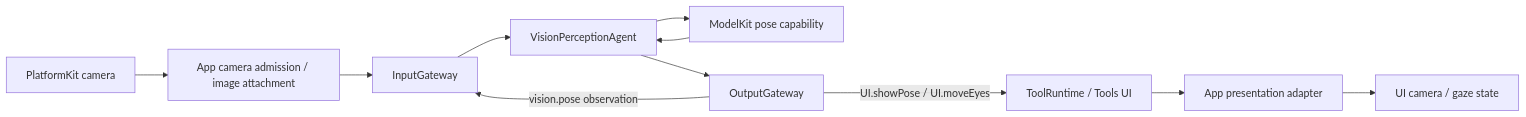
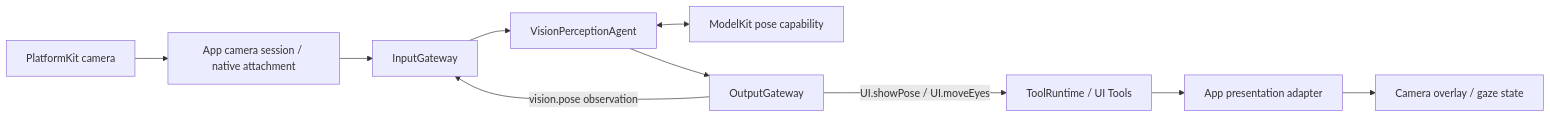
Before and after one commit to devilyouwei/MobileHarness: the ninth of 12 diagrams in MobileHarness/README.md, drawn with Mermaid. The commit also changed other lines of this file, not shown here.

Commit message:
docs: refocus MobileHarness architecture guide

````diff
--- a/MobileHarness/README.md
+++ b/MobileHarness/README.md
@@ -580,13 +421,12 @@
 ```mermaid
 flowchart LR
-    Camera[PlatformKit camera] --> Host[App camera admission / image attachment]
+    Camera[PlatformKit camera] --> Host[App camera session / native attachment]
     Host --> Input[InputGateway]
     Input --> Vision[VisionPerceptionAgent]
-    Vision --> Pose[ModelKit pose capability]
-    Pose --> Vision
+    Vision <--> Pose[ModelKit pose capability]
     Vision --> Output[OutputGateway]
     Output -->|vision.pose observation| Input
-    Output -->|UI.showPose / UI.moveEyes| Tool[ToolRuntime / Tools UI]
-    Tool --> Adapter[App presentation adapter]
-    Adapter --> UI[UI camera / gaze state]
+    Output -->|UI.showPose / UI.moveEyes| Tools[ToolRuntime / UI Tools]
+    Tools --> Adapter[App presentation adapter]
+    Adapter --> UI[Camera overlay / gaze state]
 ```
````
